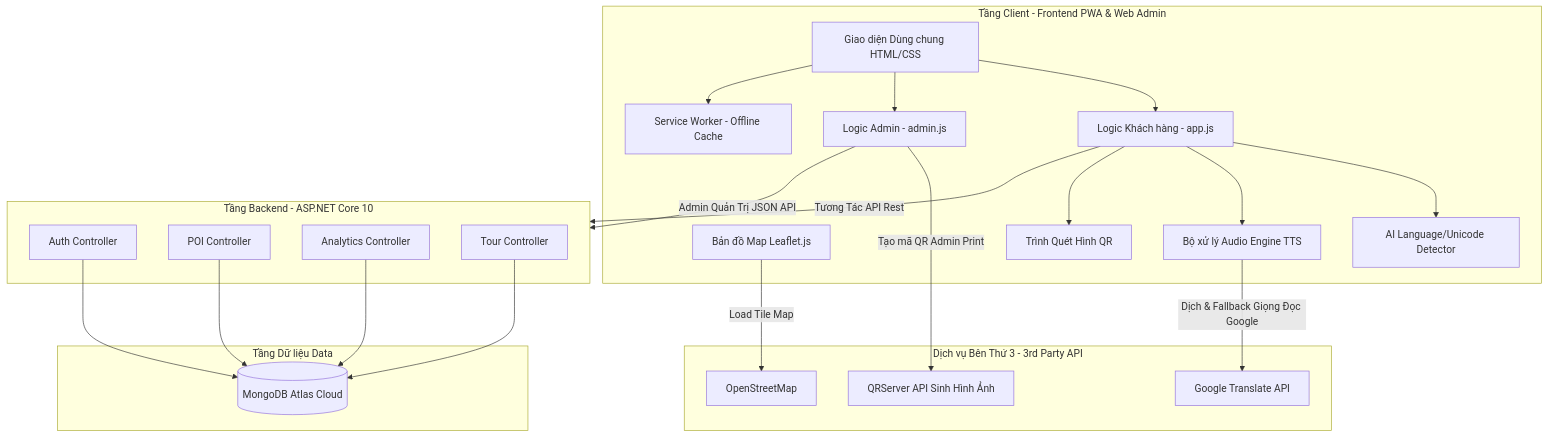
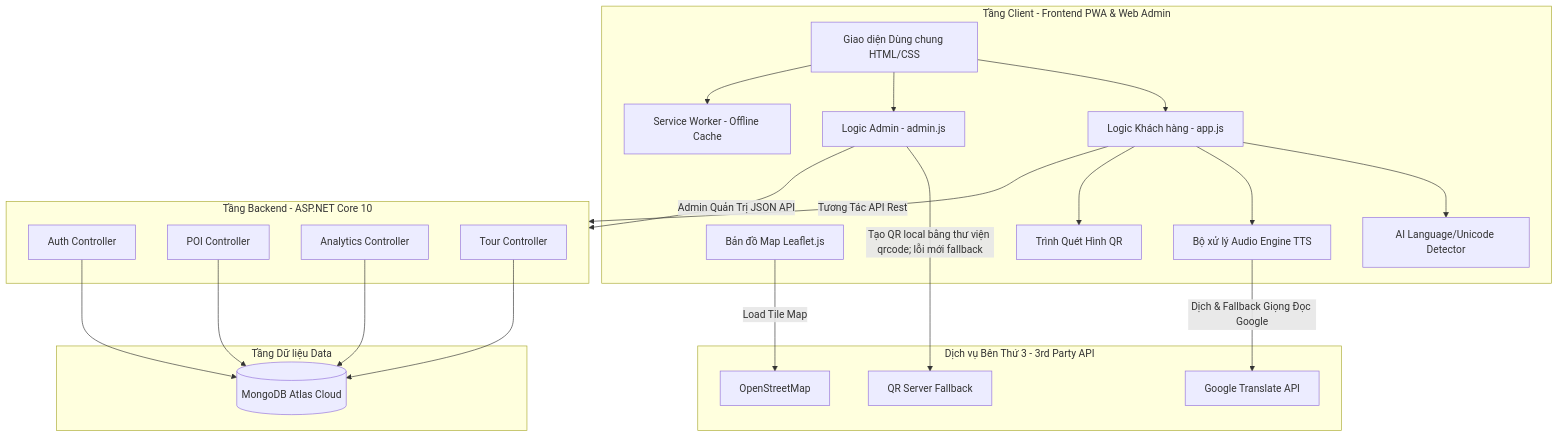
Before and after one commit to Hzyl/CShape: the first of 7 diagrams in PRD_VinhKhanh_Final2.md, drawn with Mermaid. The commit also changed other lines of this file and 57 other files, not shown here.

````diff
--- a/PRD_VinhKhanh_Final2.md
+++ b/PRD_VinhKhanh_Final2.md
@@ -84,53 +113,53 @@
 ```mermaid
 graph TD
     subgraph Client [Tầng Client - Frontend PWA & Web Admin]
         UI[Giao diện Dùng chung HTML/CSS]
         SW[Service Worker - Offline Cache]
         AppJS[Logic Khách hàng - app.js]
         AdminJS[Logic Admin - admin.js]
         Map[Bản đồ Map Leaflet.js]
         Audio[Bộ xử lý Audio Engine TTS]
         QRScanner[Trình Quét Hình QR]
         AI[AI Language/Unicode Detector]
     end
 
     subgraph External [Dịch vụ Bên Thứ 3 - 3rd Party API]
         OSM[OpenStreetMap]
         Translate[Google Translate API]
-        QRGen[QRServer API Sinh Hình Ảnh]
+        QRGen[QR Server Fallback]
     end
 
     subgraph Backend [Tầng Backend - ASP.NET Core 10]
         API_Auth[Auth Controller]
         API_POI[POI Controller]
         API_Analytics[Analytics Controller]
         API_Tour[Tour Controller]
     end
 
     subgraph Database [Tầng Dữ liệu Data]
         Mongo[(MongoDB Atlas Cloud)]
     end
 
     %% Mối liên kết Client - External
     Map -->|Load Tile Map| OSM
     Audio -->|Dịch & Fallback Giọng Đọc Google| Translate
-    AdminJS -->|Tạo mã QR Admin Print| QRGen
+    AdminJS -->|Tạo QR local bằng thư viện qrcode; lỗi mới fallback| QRGen
     
     %% Gọi API
     AppJS -->|Tương Tác API Rest| Backend
     AdminJS -->|Admin Quản Trị JSON API| Backend
     
     %% Mối liên kết nội bộ thiết bị
     UI --> AppJS
     UI --> AdminJS
     UI --> SW
     AppJS --> AI
     AppJS --> Audio
     AppJS --> QRScanner
 
     %% Mối liên kết Backend - DB
     API_Auth --> Mongo
     API_POI --> Mongo
     API_Analytics --> Mongo
     API_Tour --> Mongo
 ```
````
